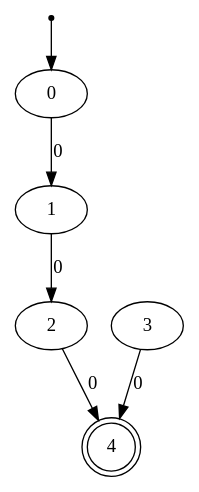
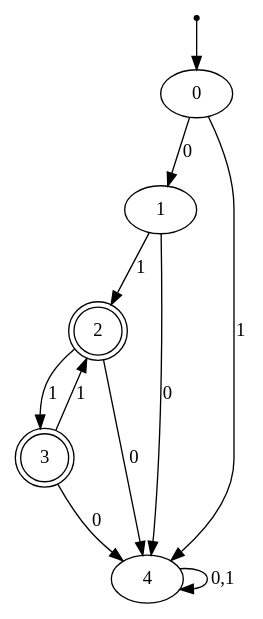
The diagram in automaton.dot (ValenButtignol/project-automata), drawn with Graphviz before and after one commit. The commit also changed 8 other files, not shown here.

```diff
--- a/automaton.dot
+++ b/automaton.dot
@@ -1,9 +1,15 @@
 digraph{
 inic[shape=point];
 inic->0;
 0->1 [label="0"];
-1->2 [label="0"];
+1->2 [label="1"];
+2->3 [label="1"];
+3->2 [label="1"];
+0->4 [label="1"];
+1->4 [label="0"];
 2->4 [label="0"];
 3->4 [label="0"];
-4[shape=doublecircle];
+4->4 [label="0,1"];
+2[shape=doublecircle];
+3[shape=doublecircle];
 }
```
